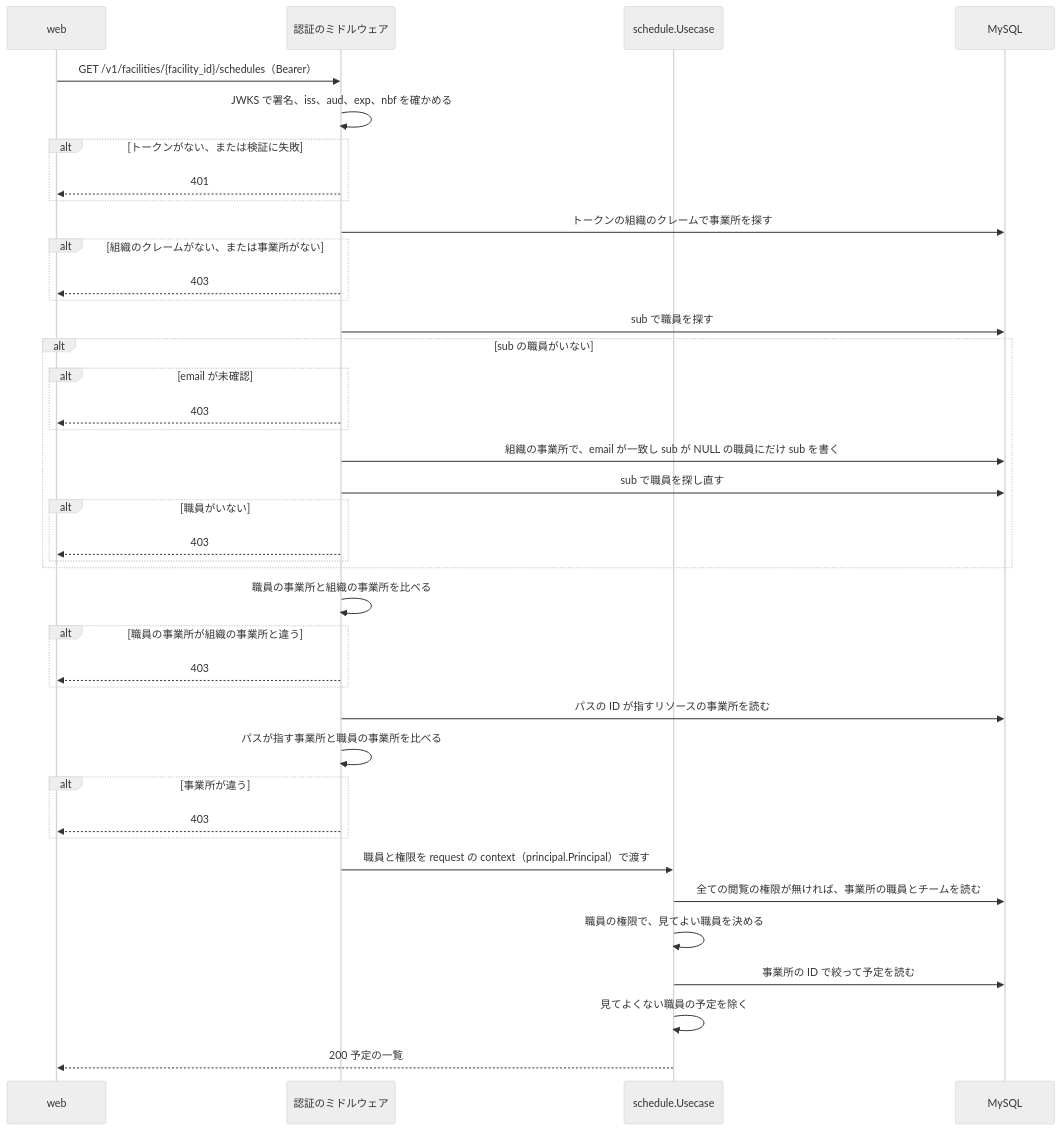
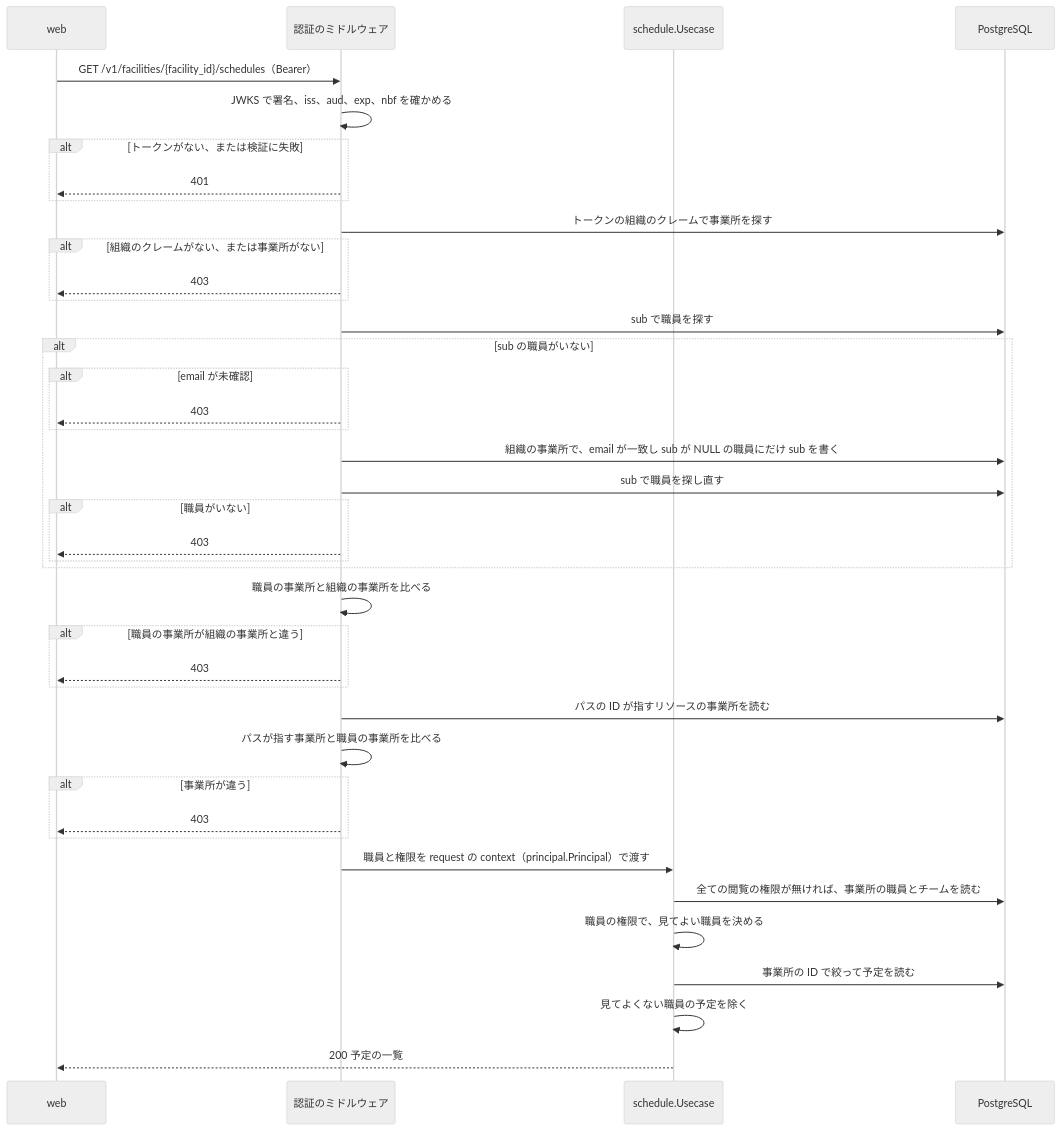
Before and after one commit to Fukuemon/buddy: the second of 2 diagrams in apps/schedule-api/DesignDoc.md, drawn with Mermaid (neutral theme). The commit also changed other lines of this file and 9 other files, not shown here.

Commit message:
docs: DB の記述を PostgreSQL と見直した表に合わせる #140

````diff
--- a/apps/schedule-api/DesignDoc.md
+++ b/apps/schedule-api/DesignDoc.md
@@ -150,43 +167,43 @@
 ```mermaid
 sequenceDiagram
   participant W as web
   participant M as 認証のミドルウェア
   participant U as schedule.Usecase
-  participant DB as MySQL
+  participant DB as PostgreSQL
 
   W->>M: GET /v1/facilities/{facility_id}/schedules（Bearer）
   M->>M: JWKS で署名、iss、aud、exp、nbf を確かめる
   alt トークンがない、または検証に失敗
     M-->>W: 401
   end
   M->>DB: トークンの組織のクレームで事業所を探す
   alt 組織のクレームがない、または事業所がない
     M-->>W: 403
   end
   M->>DB: sub で職員を探す
   alt sub の職員がいない
     alt email が未確認
       M-->>W: 403
     end
     M->>DB: 組織の事業所で、email が一致し sub が NULL の職員にだけ sub を書く
     M->>DB: sub で職員を探し直す
     alt 職員がいない
       M-->>W: 403
     end
   end
   M->>M: 職員の事業所と組織の事業所を比べる
   alt 職員の事業所が組織の事業所と違う
     M-->>W: 403
   end
   M->>DB: パスの ID が指すリソースの事業所を読む
   M->>M: パスが指す事業所と職員の事業所を比べる
   alt 事業所が違う
     M-->>W: 403
   end
   M->>U: 職員と権限を request の context（principal.Principal）で渡す
   U->>DB: 全ての閲覧の権限が無ければ、事業所の職員とチームを読む
   U->>U: 職員の権限で、見てよい職員を決める
   U->>DB: 事業所の ID で絞って予定を読む
   U->>U: 見てよくない職員の予定を除く
   U-->>W: 200 予定の一覧
 ```
````
